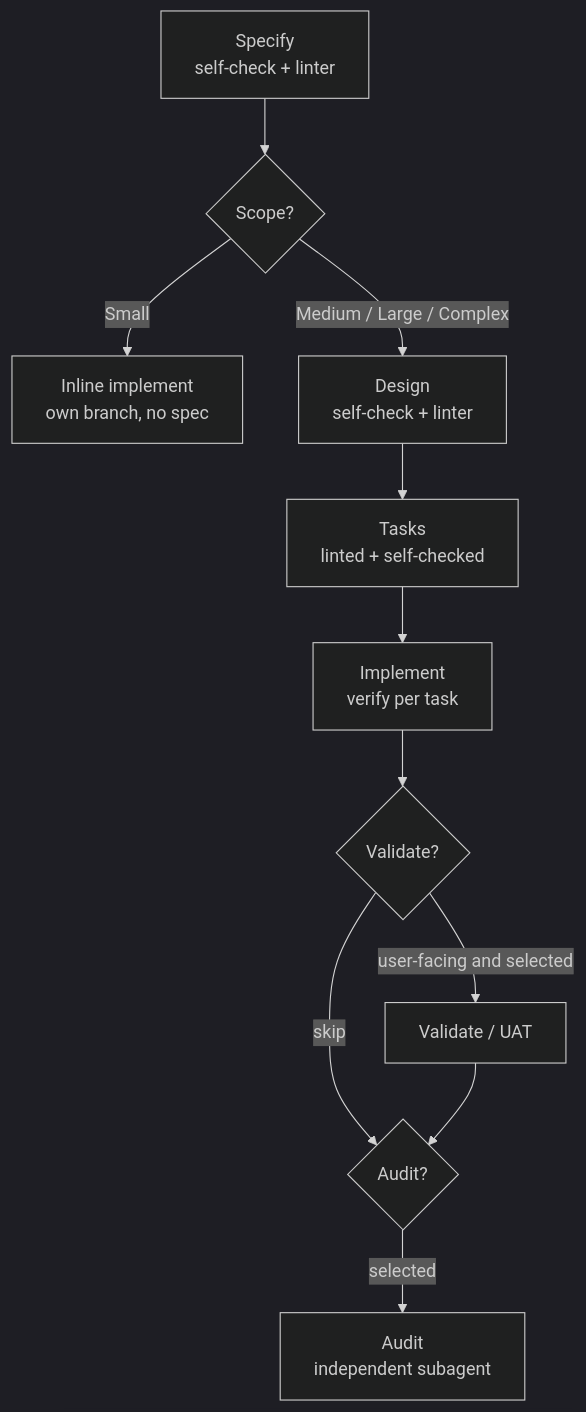
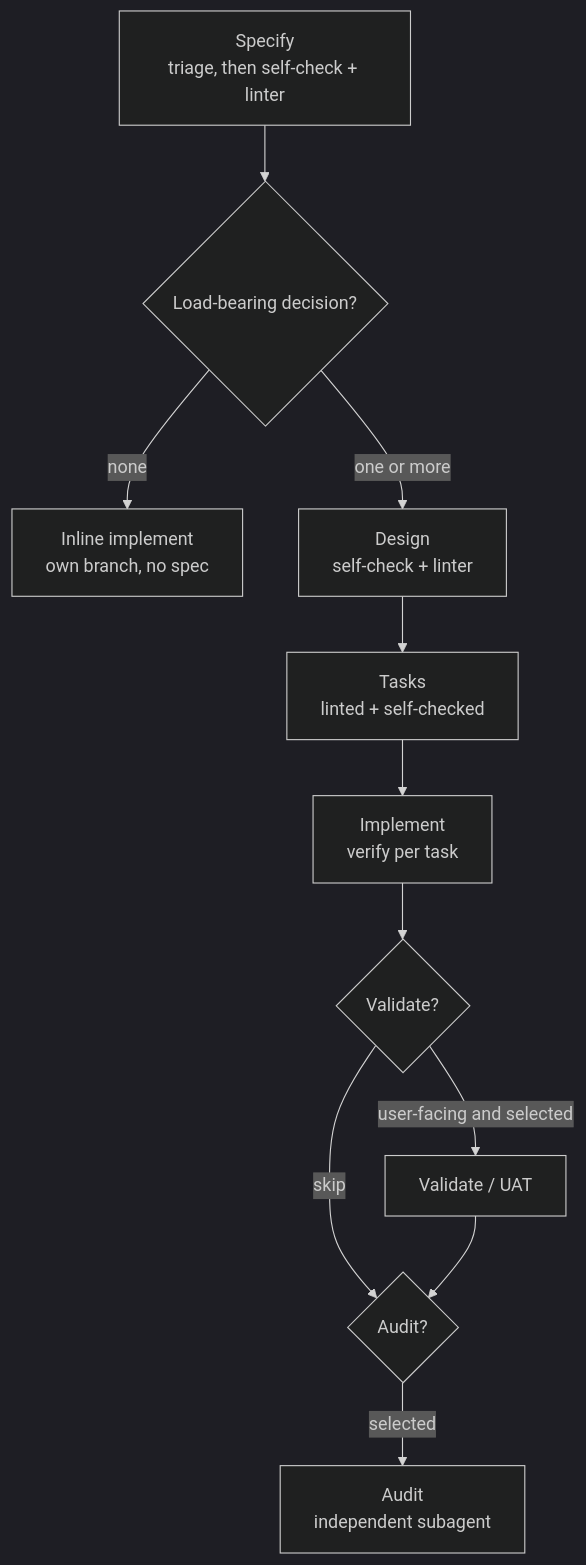
One commit to adeonir/agent-skills changed the diagram in skills/engineering/spec-driven/README.md. Above: the diagram before and after it, drawn with Mermaid (dark theme). The commit also changed other lines of this file and 10 other files, not shown here.

Commit message:
refactor(spec-driven): replace the scope ladder with a binary triage door

````diff
--- a/skills/engineering/spec-driven/README.md
+++ b/skills/engineering/spec-driven/README.md
@@ -9,13 +9,13 @@
 ```mermaid
 flowchart TD
-    A[Specify<br/>self-check + linter] --> B{Scope?}
-    B -->|Small| S[Inline implement<br/>own branch, no spec]
-    B -->|Medium / Large / Complex| D[Design<br/>self-check + linter]
+    A[Specify<br/>triage, then self-check + linter] --> B{Load-bearing decision?}
+    B -->|none| S[Inline implement<br/>own branch, no spec]
+    B -->|one or more| D[Design<br/>self-check + linter]
     D --> T[Tasks<br/>linted + self-checked]
     T --> I[Implement<br/>verify per task]
     I --> V{Validate?}
     V -->|user-facing and selected| VA[Validate / UAT]
     V -->|skip| AD{Audit?}
     VA --> AD
     AD -->|selected| AU[Audit<br/>independent subagent]
 ```
````
